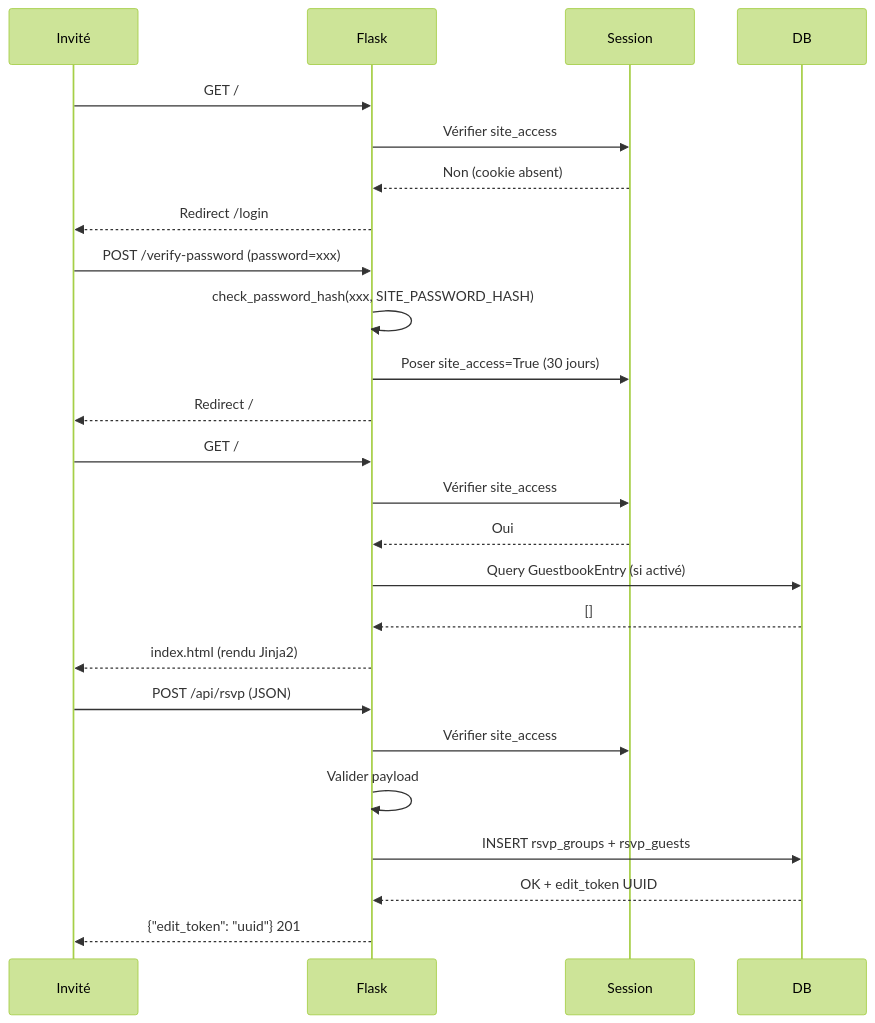
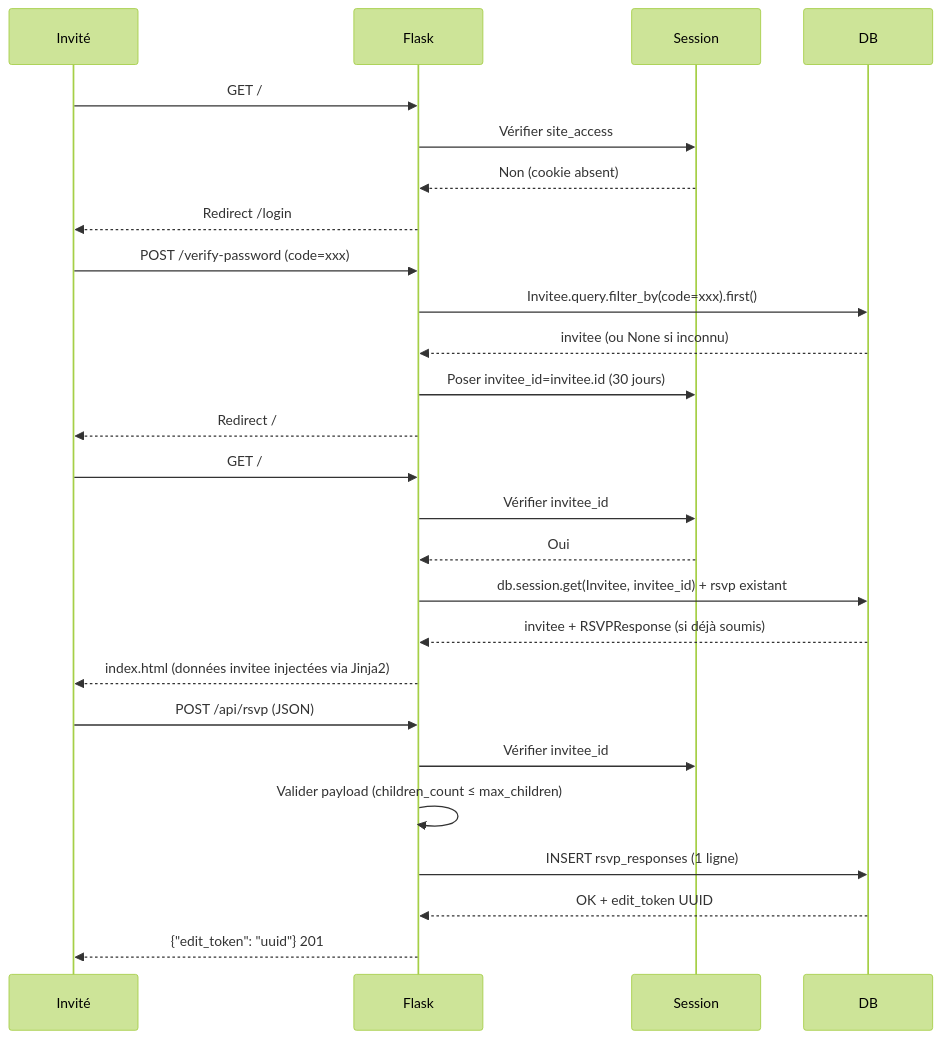
The second of 4 diagrams in docs/TECHNICAL.md (queezzy/wedding_project), drawn with Mermaid (forest theme) before and after one commit. The commit also changed other lines of this file and 3 other files, not shown here.

````diff
--- a/docs/TECHNICAL.md
+++ b/docs/TECHNICAL.md
@@ -86,31 +86,32 @@
 ```mermaid
 sequenceDiagram
     participant Invité
     participant Flask
     participant Session
     participant DB
 
     Invité->>Flask: GET /
     Flask->>Session: Vérifier site_access
     Session-->>Flask: Non (cookie absent)
     Flask-->>Invité: Redirect /login
 
-    Invité->>Flask: POST /verify-password (password=xxx)
-    Flask->>Flask: check_password_hash(xxx, SITE_PASSWORD_HASH)
-    Flask->>Session: Poser site_access=True (30 jours)
+    Invité->>Flask: POST /verify-password (code=xxx)
+    Flask->>DB: Invitee.query.filter_by(code=xxx).first()
+    DB-->>Flask: invitee (ou None si inconnu)
+    Flask->>Session: Poser invitee_id=invitee.id (30 jours)
     Flask-->>Invité: Redirect /
 
     Invité->>Flask: GET /
-    Flask->>Session: Vérifier site_access
+    Flask->>Session: Vérifier invitee_id
     Session-->>Flask: Oui
-    Flask->>DB: Query GuestbookEntry (si activé)
-    DB-->>Flask: []
-    Flask-->>Invité: index.html (rendu Jinja2)
+    Flask->>DB: db.session.get(Invitee, invitee_id) + rsvp existant
+    DB-->>Flask: invitee + RSVPResponse (si déjà soumis)
+    Flask-->>Invité: index.html (données invitee injectées via Jinja2)
 
     Invité->>Flask: POST /api/rsvp (JSON)
-    Flask->>Session: Vérifier site_access
-    Flask->>Flask: Valider payload
-    Flask->>DB: INSERT rsvp_groups + rsvp_guests
+    Flask->>Session: Vérifier invitee_id
+    Flask->>Flask: Valider payload (children_count ≤ max_children)
+    Flask->>DB: INSERT rsvp_responses (1 ligne)
     DB-->>Flask: OK + edit_token UUID
     Flask-->>Invité: {"edit_token": "uuid"} 201
 ```
````
